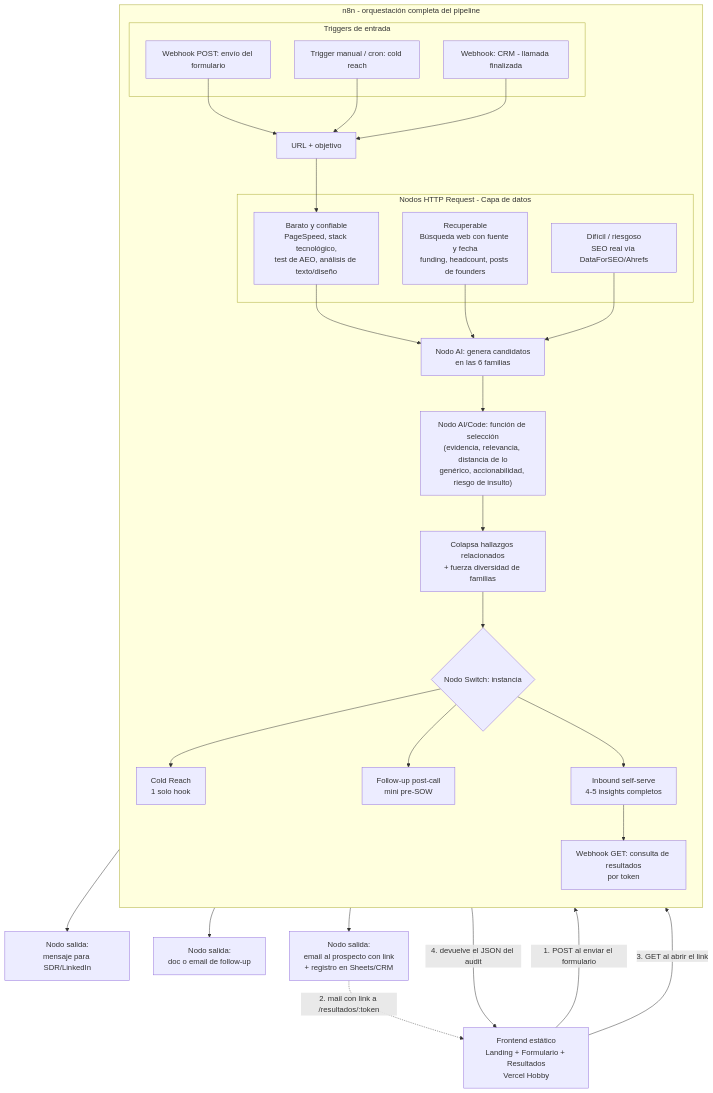
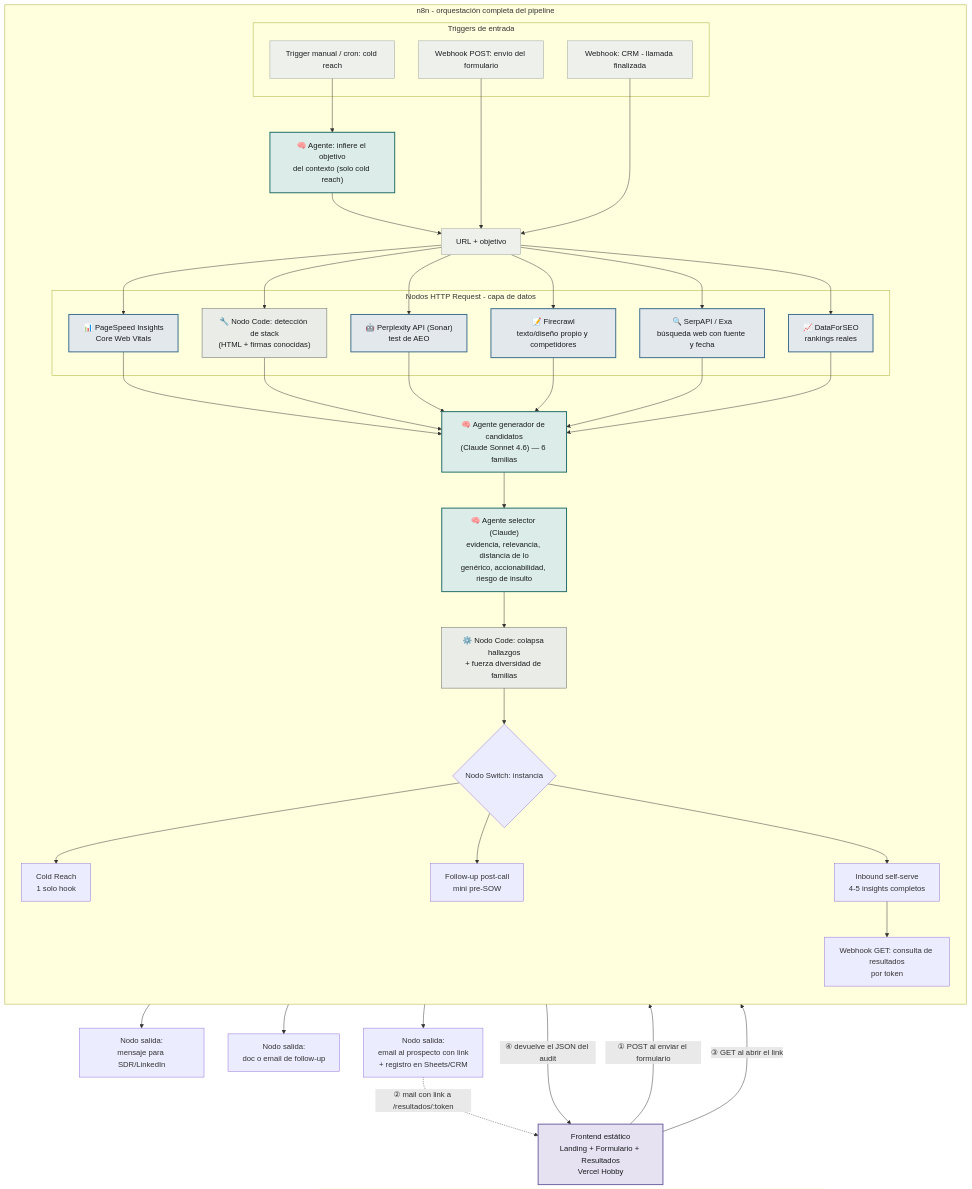
One commit to jmarroncle/growth-audit-structure changed the diagram in docs/explanation/arquitectura.md. Above: the diagram before and after it, drawn with Mermaid. The commit also changed other lines of this file, not shown here.

Commit message:
Make every real node explicit in the architecture diagram, including agents
Replaces the 3 grouped "capa de datos" boxes with 6 individually
named tool nodes (PageSpeed, stack detection, Perplexity for AEO,
Firecrawl, SerpAPI/Exa, DataForSEO) matching capa-de-datos.md.

Also splits out the AI/agent nodes that were previously collapsed:
an objective-inference agent for cold reach, the candidate generator,
and the selector agent, each visually distinct (teal) from plain
HTTP tool calls (blue) and deterministic code nodes (grey) via a
color legend. Updates the selection-function prose to match the
now-separate selector agent and collapse/diversity code node.

Claude-Session: https://claude.ai/code/session_01Y33ZqmJHC59R44gjZwfrED

````diff
--- a/docs/explanation/arquitectura.md
+++ b/docs/explanation/arquitectura.md
@@ -7,48 +7,74 @@
 ```mermaid
 flowchart TD
     FE[Frontend estático<br/>Landing + Formulario + Resultados<br/>Vercel Hobby]
 
     subgraph N8N [n8n - orquestación completa del pipeline]
         direction TB
 
         subgraph Triggers [Triggers de entrada]
             T1[Webhook POST: envío del formulario]
             T2[Trigger manual / cron: cold reach]
             T3[Webhook: CRM - llamada finalizada]
         end
 
-        T1 --> IN[URL + objetivo]
-        T2 --> IN
+        T2 --> OBJ["🧠 Agente: infiere el objetivo<br/>del contexto (solo cold reach)"]
+        OBJ --> IN[URL + objetivo]
+        T1 --> IN
         T3 --> IN
 
-        IN --> B1
+        IN --> PS
+        IN --> ST
+        IN --> AEO
+        IN --> TXT
+        IN --> WEB
+        IN --> SEO
 
-        subgraph CapaDatos [Nodos HTTP Request - Capa de datos]
-            B1[Barato y confiable<br/>PageSpeed, stack tecnológico,<br/>test de AEO, análisis de texto/diseño]
-            B2[Recuperable<br/>Búsqueda web con fuente y fecha<br/>funding, headcount, posts de founders]
-            B3[Difícil / riesgoso<br/>SEO real vía DataForSEO/Ahrefs]
+        subgraph CapaDatos [Nodos HTTP Request - capa de datos]
+            PS["📊 PageSpeed Insights<br/>Core Web Vitals"]
+            ST["🔧 Nodo Code: detección de stack<br/>(HTML + firmas conocidas)"]
+            AEO["🤖 Perplexity API (Sonar)<br/>test de AEO"]
+            TXT["📝 Firecrawl<br/>texto/diseño propio y competidores"]
+            WEB["🔍 SerpAPI / Exa<br/>búsqueda web con fuente y fecha"]
+            SEO["📈 DataForSEO<br/>rankings reales"]
         end
 
-        B1 --> C
-        B2 --> C
-        B3 --> C
+        PS --> GEN
+        ST --> GEN
+        AEO --> GEN
+        TXT --> GEN
+        WEB --> GEN
+        SEO --> GEN
 
-        C[Nodo AI: genera candidatos<br/>en las 6 familias] --> D["Nodo AI/Code: función de selección<br/>(evidencia, relevancia, distancia de lo<br/>genérico, accionabilidad, riesgo de insulto)"]
-        D --> D1[Colapsa hallazgos relacionados<br/>+ fuerza diversidad de familias]
+        GEN["🧠 Agente generador de candidatos<br/>(Claude Sonnet 4.6) — 6 familias"] --> SEL
 
-        D1 --> E{Nodo Switch: instancia}
+        SEL["🧠 Agente selector (Claude)<br/>evidencia, relevancia, distancia de lo<br/>genérico, accionabilidad, riesgo de insulto"] --> COL
+
+        COL["⚙️ Nodo Code: colapsa hallazgos<br/>+ fuerza diversidad de familias"] --> E{Nodo Switch: instancia}
+
         E --> E1[Cold Reach<br/>1 solo hook]
         E --> E2[Follow-up post-call<br/>mini pre-SOW]
         E --> E3[Inbound self-serve<br/>4-5 insights completos]
 
         E3 --> R[Webhook GET: consulta de resultados<br/>por token]
     end
 
-    FE -- "1. POST al enviar el formulario" --> T1
+    FE -- "① POST al enviar el formulario" --> T1
     E1 --> O1[Nodo salida:<br/>mensaje para SDR/LinkedIn]
     E2 --> O2[Nodo salida:<br/>doc o email de follow-up]
     E3 --> O4[Nodo salida:<br/>email al prospecto con link<br/>+ registro en Sheets/CRM]
-    O4 -. "2. mail con link a /resultados/:token" .-> FE
-    FE -- "3. GET al abrir el link" --> R
-    R -- "4. devuelve el JSON del audit" --> FE
+    O4 -. "② mail con link a /resultados/:token" .-> FE
+    FE -- "③ GET al abrir el link" --> R
+    R -- "④ devuelve el JSON del audit" --> FE
+
+    classDef trigger fill:#eef0ec,stroke:#9aa39c,color:#1a1d1f;
+    classDef tool fill:#e3e8ec,stroke:#3a6c8a,color:#1a1d1f,stroke-width:2px;
+    classDef agente fill:#dcece9,stroke:#1f6b66,color:#1a1d1f,stroke-width:2px;
+    classDef code fill:#eaece7,stroke:#5c6360,color:#1a1d1f;
+    classDef frontend fill:#e6e2f2,stroke:#6c5f9e,color:#1a1d1f,stroke-width:2px;
+
+    class T1,T2,T3,IN trigger
+    class PS,AEO,TXT,WEB,SEO tool
+    class ST,COL code
+    class OBJ,GEN,SEL agente
+    class FE frontend
 ```
````
